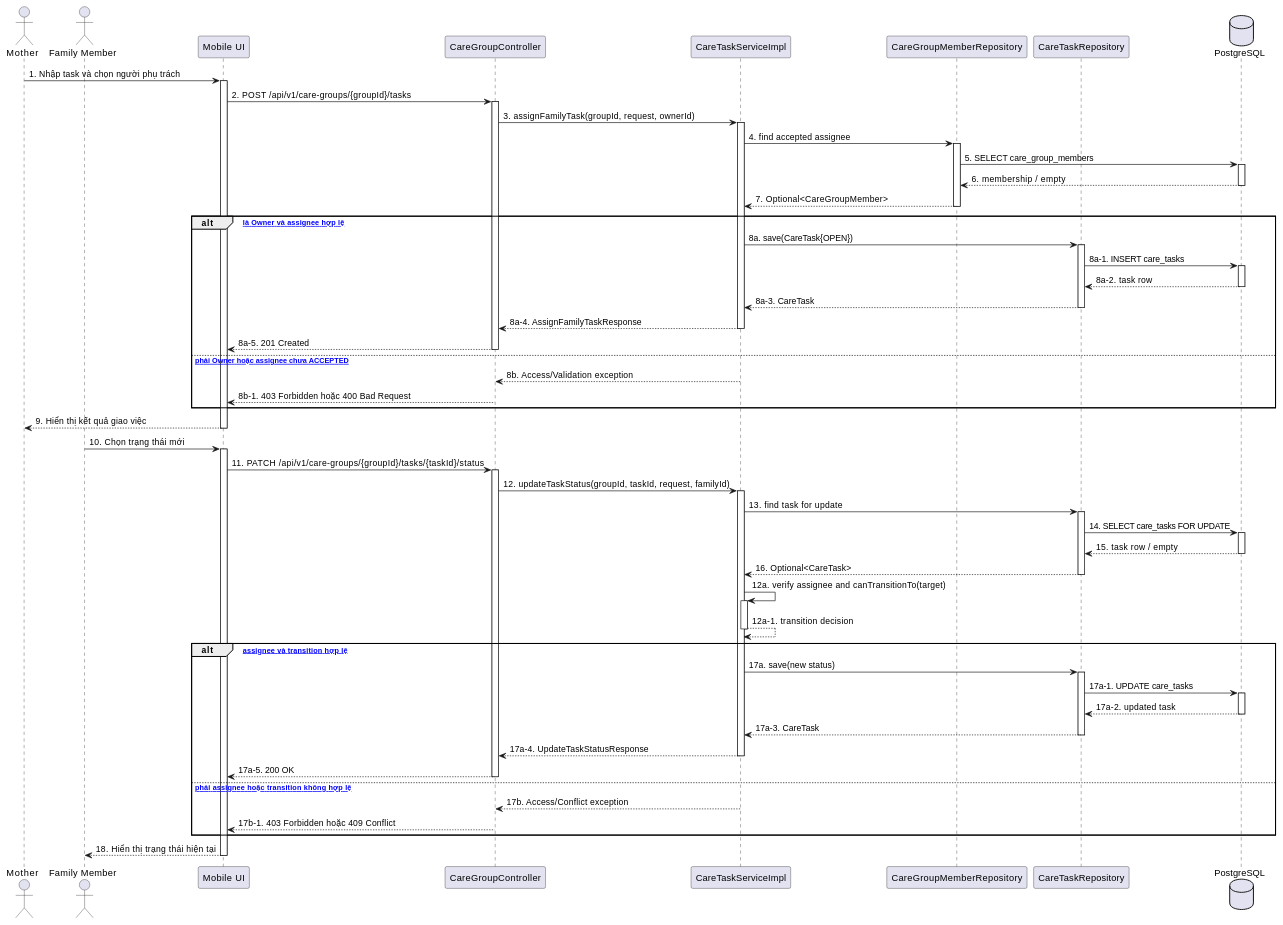
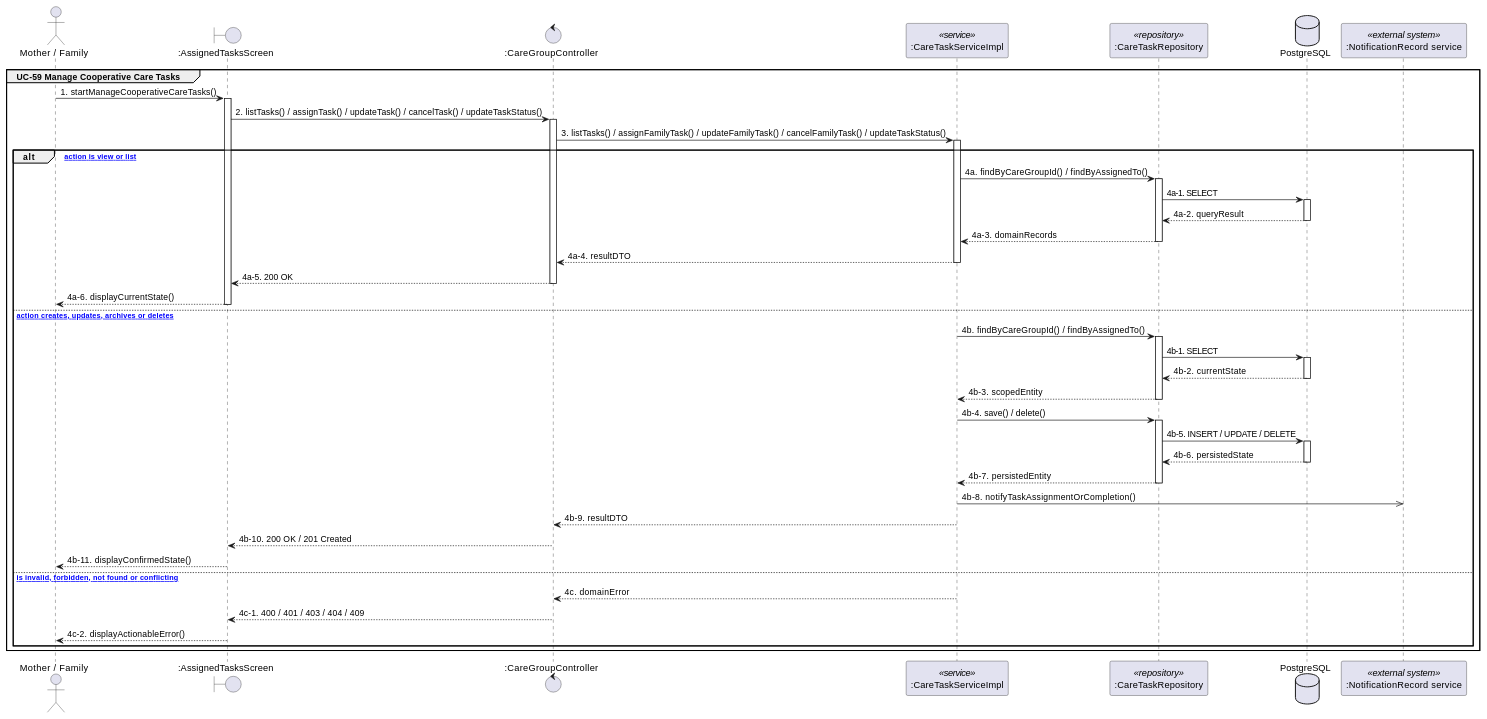
One commit to ChuongBDHE172784/CareBridge_SEP490_G79 changed the second of 2 diagrams in docs/Detailed_Design/MF08_Family_Sync_Cooperative_Care/03_Family_Care_Task_Assignment.md. Above: the diagram before and after it, drawn with PlantUML. The commit also changed other lines of this file and 111 other files, not shown here.

````diff
--- a/docs/Detailed_Design/MF08_Family_Sync_Cooperative_Care/03_Family_Care_Task_Assignment.md
+++ b/docs/Detailed_Design/MF08_Family_Sync_Cooperative_Care/03_Family_Care_Task_Assignment.md
@@ -40,88 +88,70 @@
 ```plantuml
-@startuml MF08_03_CareTask_SequenceDiagram
-actor "Mother" as M
-actor "Family Member" as F
-participant "Mobile UI" as UI
-participant "CareGroupController" as Controller
-participant "CareTaskServiceImpl" as Service
-participant "CareGroupMemberRepository" as MemberRepo
-participant "CareTaskRepository" as TaskRepo
+@startuml MF08_03_CooperativeCareTaskManagement_SequenceDiagram
+skinparam shadowing false
+
+actor "Mother / Family" as Actor
+boundary ":AssignedTasksScreen" as UI1
+control ":CareGroupController" as Controller1
+participant ":CareTaskServiceImpl" as Service1 <<service>>
+participant ":CareTaskRepository" as Repository1 <<repository>>
 database "PostgreSQL" as DB
+participant ":NotificationRecord service" as External1 <<external system>>
 
-M -> UI : 1. Nhập task và chọn người phụ trách
-activate UI
-UI -> Controller : 2. POST /api/v1/care-groups/{groupId}/tasks
-activate Controller
-Controller -> Service : 3. assignFamilyTask(groupId, request, ownerId)
-activate Service
-Service -> MemberRepo : 4. find accepted assignee
-activate MemberRepo
-MemberRepo -> DB : 5. SELECT care_group_members
-activate DB
-DB --> MemberRepo : 6. membership / empty
-deactivate DB
-MemberRepo --> Service : 7. Optional<CareGroupMember>
-deactivate MemberRepo
-alt [caller là Owner và assignee hợp lệ]
-  Service -> TaskRepo : 8a. save(CareTask{OPEN})
-  activate TaskRepo
-  TaskRepo -> DB : 8a-1. INSERT care_tasks
-  activate DB
-  DB --> TaskRepo : 8a-2. task row
-  deactivate DB
-  TaskRepo --> Service : 8a-3. CareTask
-  deactivate TaskRepo
-  Service --> Controller : 8a-4. AssignFamilyTaskResponse
-  deactivate Service
-  Controller --> UI : 8a-5. 201 Created
-  deactivate Controller
-else [không phải Owner hoặc assignee chưa ACCEPTED]
-  Service --> Controller : 8b. Access/Validation exception
-  deactivate Service
-  Controller --> UI : 8b-1. 403 Forbidden hoặc 400 Bad Request
-  deactivate Controller
+group UC-59 Manage Cooperative Care Tasks
+  Actor -> UI1 : 1. startManageCooperativeCareTasks()
+  activate UI1
+  UI1 -> Controller1 : 2. listTasks() / assignTask() / updateTask() / cancelTask() / updateTaskStatus()
+  activate Controller1
+  Controller1 -> Service1 : 3. listTasks() / assignFamilyTask() / updateFamilyTask() / cancelFamilyTask() / updateTaskStatus()
+  activate Service1
+  alt [selected action is view or list]
+    Service1 -> Repository1 : 4a. findByCareGroupId() / findByAssignedTo()
+    activate Repository1
+    Repository1 -> DB : 4a-1. SELECT
+    activate DB
+    DB --> Repository1 : 4a-2. queryResult
+    deactivate DB
+    Repository1 --> Service1 : 4a-3. domainRecords
+    deactivate Repository1
+    Service1 --> Controller1 : 4a-4. resultDTO
+    deactivate Service1
+    Controller1 --> UI1 : 4a-5. 200 OK
+    deactivate Controller1
+    UI1 --> Actor : 4a-6. displayCurrentState()
+    deactivate UI1
+  else [selected action creates, updates, archives or deletes]
+    Service1 -> Repository1 : 4b. findByCareGroupId() / findByAssignedTo()
+    activate Repository1
+    Repository1 -> DB : 4b-1. SELECT
+    activate DB
+    DB --> Repository1 : 4b-2. currentState
+    deactivate DB
+    Repository1 --> Service1 : 4b-3. scopedEntity
+    deactivate Repository1
+    Service1 -> Repository1 : 4b-4. save() / delete()
+    activate Repository1
+    Repository1 -> DB : 4b-5. INSERT / UPDATE / DELETE
+    activate DB
+    DB --> Repository1 : 4b-6. persistedState
+    deactivate DB
+    Repository1 --> Service1 : 4b-7. persistedEntity
+    deactivate Repository1
+    Service1 ->> External1 : 4b-8. notifyTaskAssignmentOrCompletion()
+    Service1 --> Controller1 : 4b-9. resultDTO
+    deactivate Service1
+    Controller1 --> UI1 : 4b-10. 200 OK / 201 Created
+    deactivate Controller1
+    UI1 --> Actor : 4b-11. displayConfirmedState()
+    deactivate UI1
+  else [request is invalid, forbidden, not found or conflicting]
+    Service1 --> Controller1 : 4c. domainError
+    deactivate Service1
+    Controller1 --> UI1 : 4c-1. 400 / 401 / 403 / 404 / 409
+    deactivate Controller1
+    UI1 --> Actor : 4c-2. displayActionableError()
+    deactivate UI1
+  end
 end
-UI --> M : 9. Hiển thị kết quả giao việc
-deactivate UI
 
-F -> UI : 10. Chọn trạng thái mới
-activate UI
-UI -> Controller : 11. PATCH /api/v1/care-groups/{groupId}/tasks/{taskId}/status
-activate Controller
-Controller -> Service : 12. updateTaskStatus(groupId, taskId, request, familyId)
-activate Service
-Service -> TaskRepo : 13. find task for update
-activate TaskRepo
-TaskRepo -> DB : 14. SELECT care_tasks FOR UPDATE
-activate DB
-DB --> TaskRepo : 15. task row / empty
-deactivate DB
-TaskRepo --> Service : 16. Optional<CareTask>
-deactivate TaskRepo
-Service -> Service : 12a. verify assignee and canTransitionTo(target)
-activate Service
-Service --> Service : 12a-1. transition decision
-deactivate Service
-alt [đúng assignee và transition hợp lệ]
-  Service -> TaskRepo : 17a. save(new status)
-  activate TaskRepo
-  TaskRepo -> DB : 17a-1. UPDATE care_tasks
-  activate DB
-  DB --> TaskRepo : 17a-2. updated task
-  deactivate DB
-  TaskRepo --> Service : 17a-3. CareTask
-  deactivate TaskRepo
-  Service --> Controller : 17a-4. UpdateTaskStatusResponse
-  deactivate Service
-  Controller --> UI : 17a-5. 200 OK
-  deactivate Controller
-else [không phải assignee hoặc transition không hợp lệ]
-  Service --> Controller : 17b. Access/Conflict exception
-  deactivate Service
-  Controller --> UI : 17b-1. 403 Forbidden hoặc 409 Conflict
-  deactivate Controller
-end
-UI --> F : 18. Hiển thị trạng thái hiện tại
-deactivate UI
 @enduml
 ```
````
